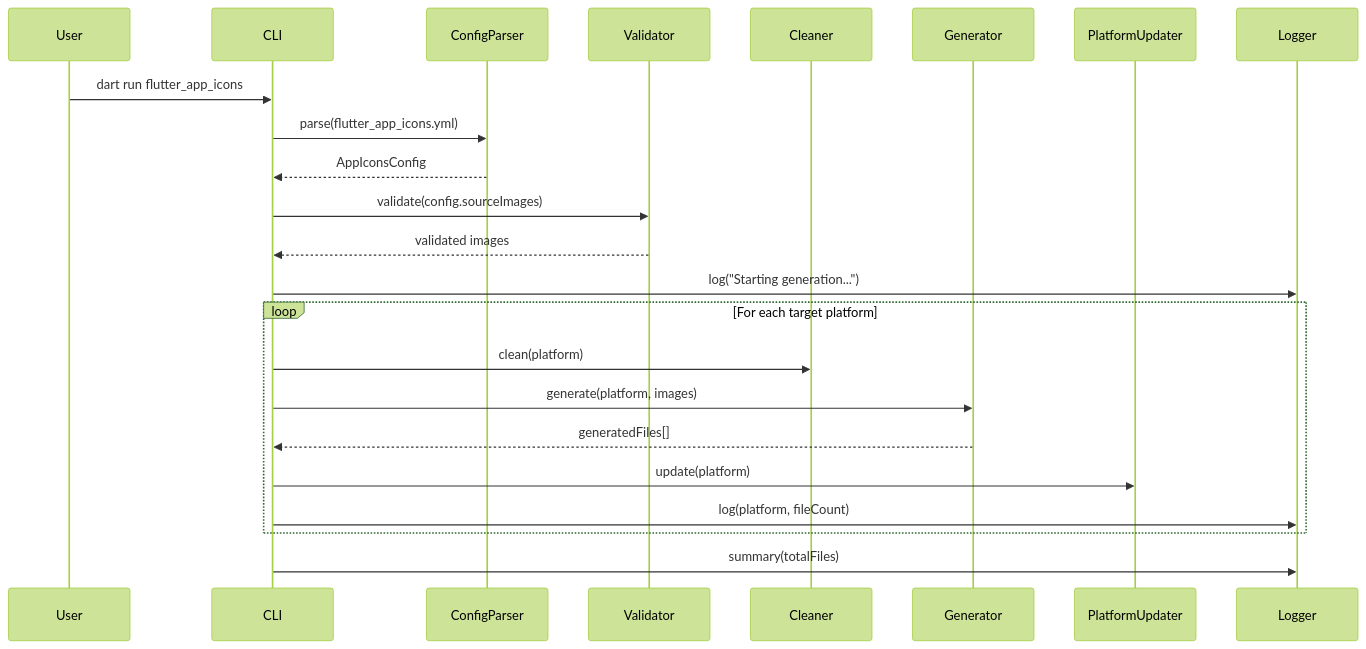
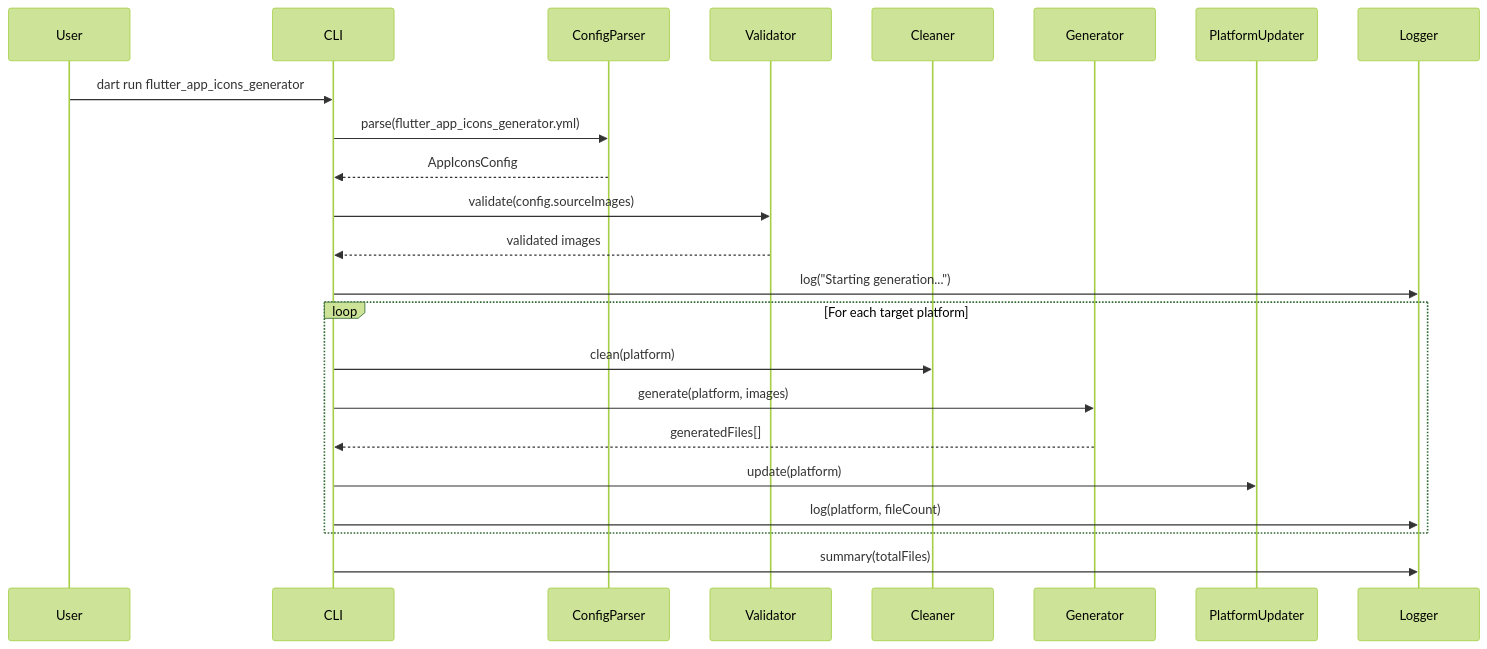
One commit to poundingwater/flutter-app-icons-generator changed the second of 3 diagrams in .kiro/specs/flutter-app-icons/design.md. Above: the diagram before and after it, drawn with Mermaid (forest theme). The commit also changed other lines of this file and 17 other files, not shown here.

Commit message:
chore: migrate remaining old package name to flutter_app_icons_generator

````diff
--- a/.kiro/specs/flutter-app-icons/design.md
+++ b/.kiro/specs/flutter-app-icons/design.md
@@ -66,26 +66,26 @@
 ```mermaid
 sequenceDiagram
     participant User
     participant CLI
     participant ConfigParser
     participant Validator
     participant Cleaner
     participant Generator
     participant PlatformUpdater
     participant Logger
 
-    User->>CLI: dart run flutter_app_icons
-    CLI->>ConfigParser: parse(flutter_app_icons.yml)
+    User->>CLI: dart run flutter_app_icons_generator
+    CLI->>ConfigParser: parse(flutter_app_icons_generator.yml)
     ConfigParser-->>CLI: AppIconsConfig
     CLI->>Validator: validate(config.sourceImages)
     Validator-->>CLI: validated images
     CLI->>Logger: log("Starting generation...")
     loop For each target platform
         CLI->>Cleaner: clean(platform)
         CLI->>Generator: generate(platform, images)
         Generator-->>CLI: generatedFiles[]
         CLI->>PlatformUpdater: update(platform)
         CLI->>Logger: log(platform, fileCount)
     end
     CLI->>Logger: summary(totalFiles)
 ```
````
